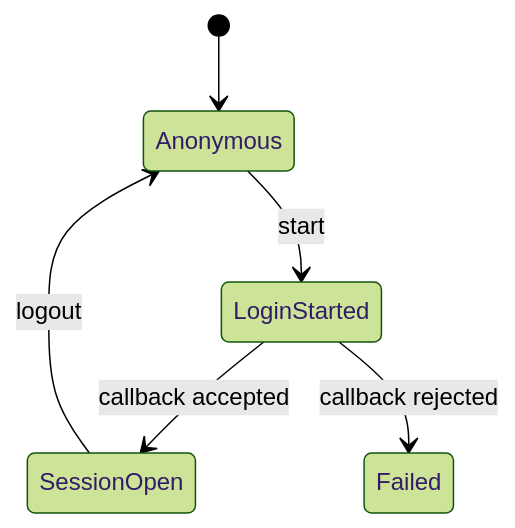
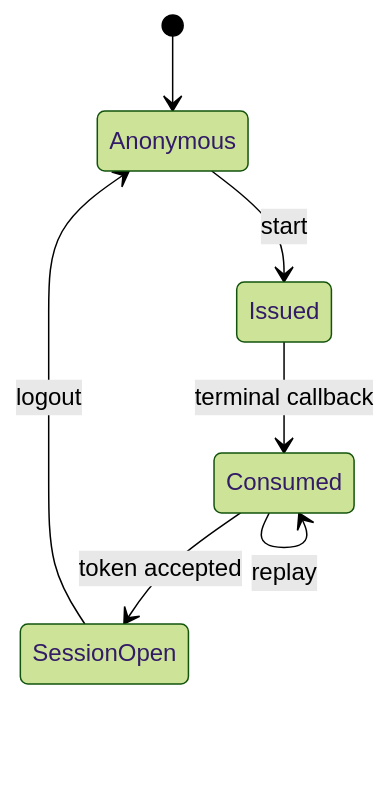
Before and after one commit to mysticalsin/secondary: the sixth of 20 diagrams in docs/state-machines.md, drawn with Mermaid (forest theme). The commit also changed other lines of this file and 8 other files, not shown here.

First line of the commit message:
Consume the Entra login record on every callback.

````diff
--- a/docs/state-machines.md
+++ b/docs/state-machines.md
@@ -394,8 +399,9 @@
 ```mermaid
 stateDiagram-v2
   [*] --> Anonymous
-  Anonymous --> LoginStarted: start
-  LoginStarted --> SessionOpen: callback accepted
-  LoginStarted --> Failed: callback rejected
+  Anonymous --> Issued: start
+  Issued --> Consumed: terminal callback
+  Consumed --> SessionOpen: token accepted
+  Consumed --> Consumed: replay
   SessionOpen --> Anonymous: logout
 ```
````
